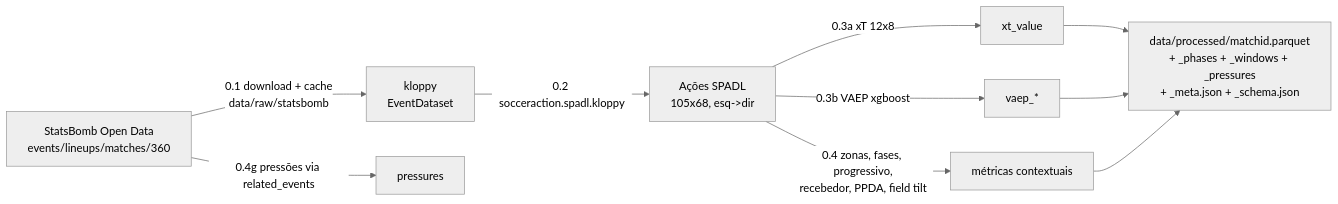
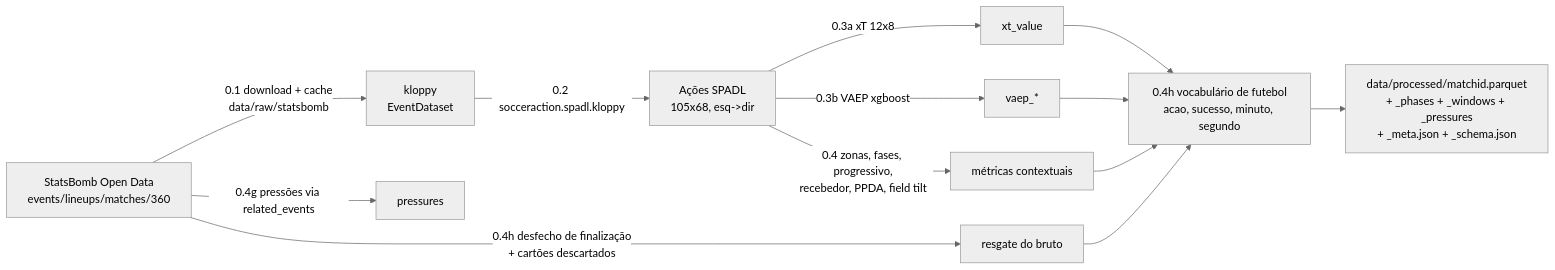
Before and after one commit to joaowinderfeldbussolotto/football-tactics-knowledge-graph: the diagram in docs/01-pipeline.md, drawn with Mermaid (neutral theme). The commit also changed other lines of this file and 9 other files, not shown here.

````diff
--- a/docs/01-pipeline.md
+++ b/docs/01-pipeline.md
@@ -8,10 +14,13 @@
 ```mermaid
 flowchart LR
     A[StatsBomb Open Data\nevents/lineups/matches/360] -->|0.1 download + cache\ndata/raw/statsbomb| B[kloppy\nEventDataset]
     B -->|0.2 socceraction.spadl.kloppy| C[Ações SPADL\n105x68, esq->dir]
     C -->|0.3a xT 12x8| D[xt_value]
     C -->|0.3b VAEP xgboost| E[vaep_*]
     C -->|0.4 zonas, fases, progressivo,\nrecebedor, PPDA, field tilt| F[métricas contextuais]
     A -->|0.4g pressões via related_events| G[pressures]
-    D & E & F --> H[data/processed/matchid.parquet\n+ _phases + _windows + _pressures\n+ _meta.json + _schema.json]
+    A -->|0.4h desfecho de finalização\n+ cartões descartados| I[resgate do bruto]
+    D & E & F --> J[0.4h vocabulário de futebol\nacao, sucesso, minuto, segundo]
+    I --> J
+    J --> H[data/processed/matchid.parquet\n+ _phases + _windows + _pressures\n+ _meta.json + _schema.json]
 ```
````
